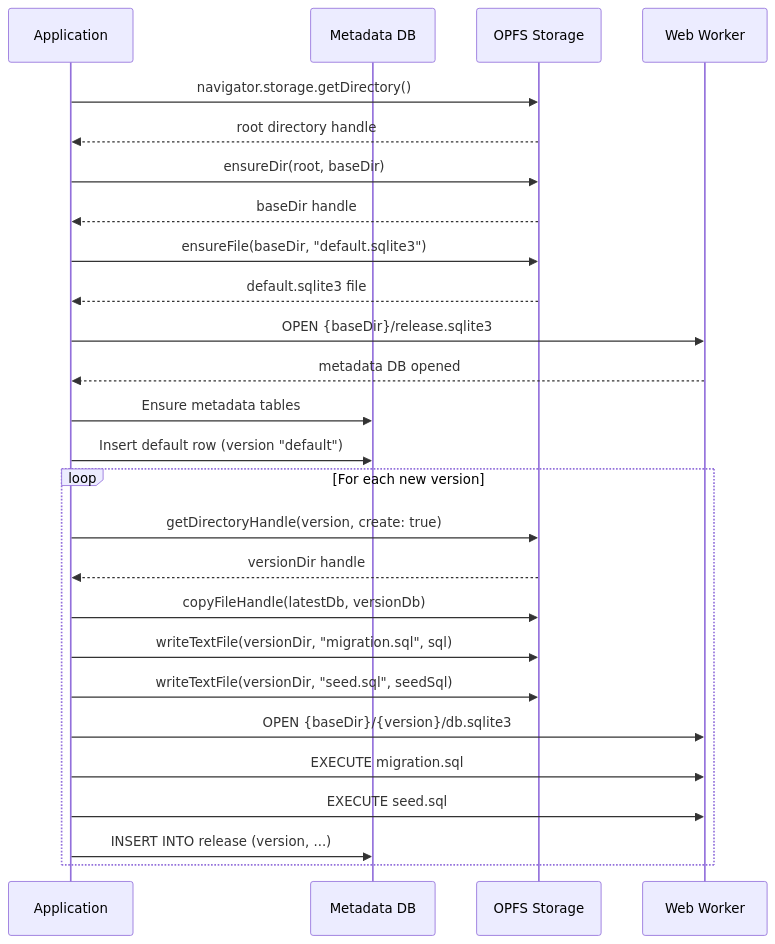
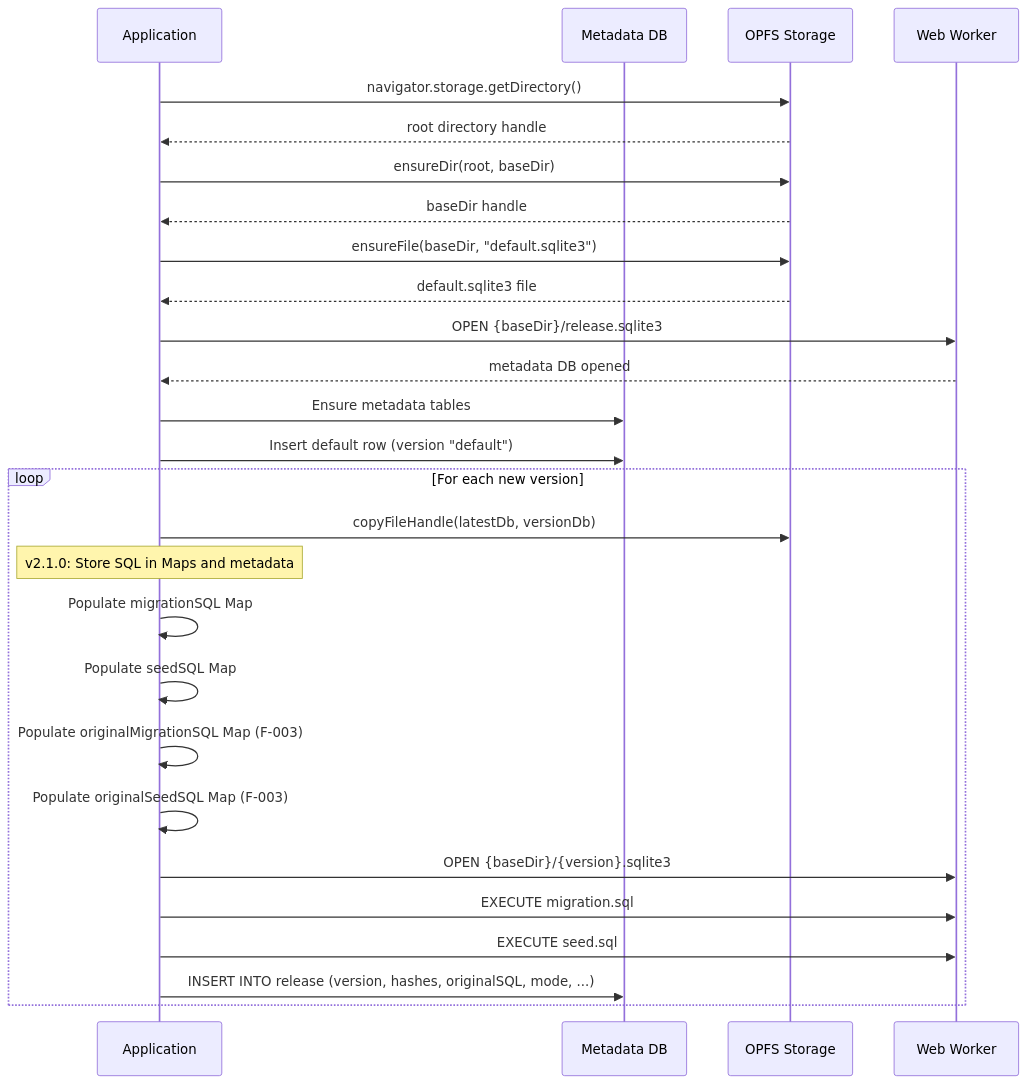
The fifth of 8 diagrams in agent-docs/05-design/02-schema/01-database.md (wuchuheng/web-sqlite-js), drawn with Mermaid before and after one commit. The commit also changed other lines of this file and 52 other files, not shown here.

First line of the commit message:
feat(release): implement two-tier SQL validation for hash mismatch detection

````diff
--- a/agent-docs/05-design/02-schema/01-database.md
+++ b/agent-docs/05-design/02-schema/01-database.md
@@ -347,37 +397,38 @@
 ```mermaid
 sequenceDiagram
     participant App as Application
     participant Meta as Metadata DB
     participant OPFS as OPFS Storage
     participant Worker as Web Worker
 
     App->>OPFS: navigator.storage.getDirectory()
     OPFS-->>App: root directory handle
 
     App->>OPFS: ensureDir(root, baseDir)
     OPFS-->>App: baseDir handle
 
     App->>OPFS: ensureFile(baseDir, "default.sqlite3")
     OPFS-->>App: default.sqlite3 file
 
     App->>Worker: OPEN {baseDir}/release.sqlite3
     Worker-->>App: metadata DB opened
 
     App->>Meta: Ensure metadata tables
     App->>Meta: Insert default row (version "default")
 
     loop For each new version
-        App->>OPFS: getDirectoryHandle(version, create: true)
-        OPFS-->>App: versionDir handle
+        App->>OPFS: copyFileHandle(latestDb, versionDb)
 
-        App->>OPFS: copyFileHandle(latestDb, versionDb)
-        App->>OPFS: writeTextFile(versionDir, "migration.sql", sql)
-        App->>OPFS: writeTextFile(versionDir, "seed.sql", seedSql)
+        Note over App: v2.1.0: Store SQL in Maps and metadata
+        App->>App: Populate migrationSQL Map
+        App->>App: Populate seedSQL Map
+        App->>App: Populate originalMigrationSQL Map (F-003)
+        App->>App: Populate originalSeedSQL Map (F-003)
 
-        App->>Worker: OPEN {baseDir}/{version}/db.sqlite3
+        App->>Worker: OPEN {baseDir}/{version}.sqlite3
         App->>Worker: EXECUTE migration.sql
         App->>Worker: EXECUTE seed.sql
 
-        App->>Meta: INSERT INTO release (version, ...)
+        App->>Meta: INSERT INTO release (version, hashes, originalSQL, mode, ...)
     end
 ```
````
